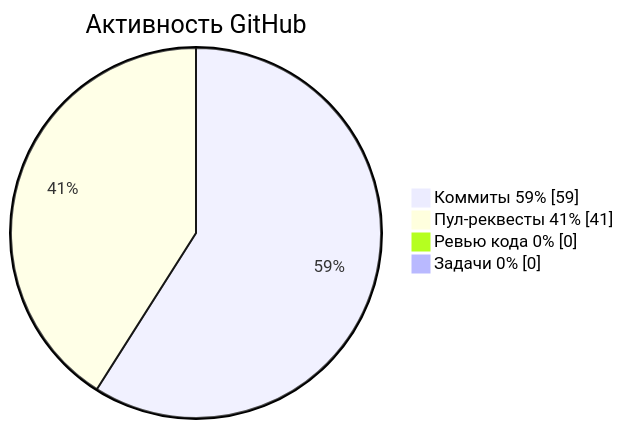
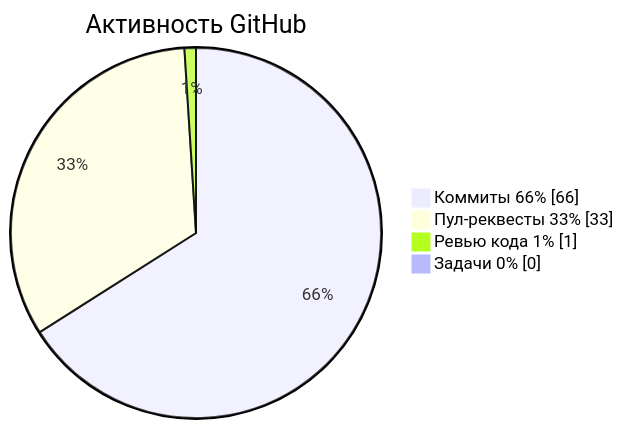
One commit to krotname/KrotName changed the diagram in README.md. Above: the diagram before and after it, drawn with Mermaid. The commit also changed other lines of this file and 1 other file, not shown here.

Commit message:
Update profile metrics

````diff
--- a/README.md
+++ b/README.md
@@ -45,8 +45,8 @@
 ```mermaid
 pie showData
     title Активность GitHub
-    "Коммиты 59%" : 59
-    "Пул-реквесты 41%" : 41
-    "Ревью кода 0%" : 0
+    "Коммиты 66%" : 66
+    "Пул-реквесты 33%" : 33
+    "Ревью кода 1%" : 1
     "Задачи 0%" : 0
 ```
````
